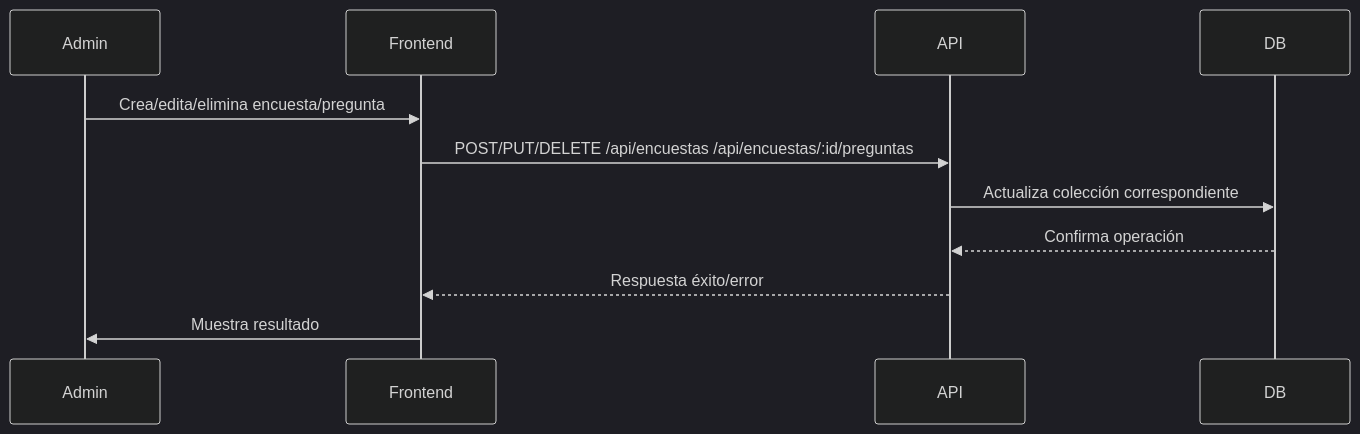
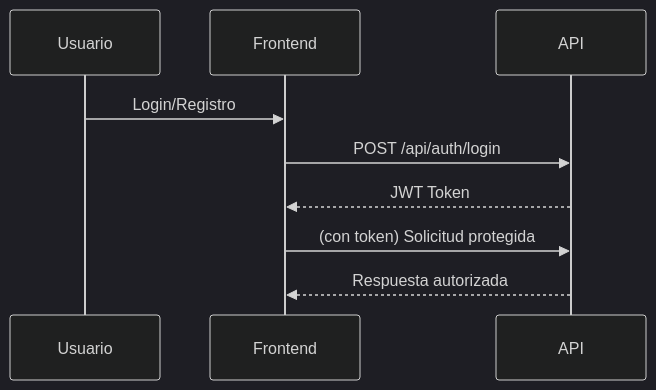
One commit to felipesanchez-dev/proyecto-final-crud-full-stack changed the fourth of 4 diagrams in README.md. Above: the diagram before and after it, drawn with Mermaid (dark theme). The commit also changed other lines of this file, not shown here.

Commit message:
feat: Actualizar el README.md con mejoras en la descripción del proyecto y la estructura de contenido

````diff
--- a/README.md
+++ b/README.md
@@ -217,14 +246,12 @@
 ```mermaid
 sequenceDiagram
-  participant Admin
+  participant Usuario
   participant Frontend
   participant API
-  participant DB
 
-  Admin->>Frontend: Crea/edita/elimina encuesta/pregunta
-  Frontend->>API: POST/PUT/DELETE /api/encuestas /api/encuestas/:id/preguntas
-  API->>DB: Actualiza colección correspondiente
-  DB-->>API: Confirma operación
-  API-->>Frontend: Respuesta éxito/error
-  Frontend->>Admin: Muestra resultado
+  Usuario->>Frontend: Login/Registro
+  Frontend->>API: POST /api/auth/login
+  API-->>Frontend: JWT Token
+  Frontend->>API: (con token) Solicitud protegida
+  API-->>Frontend: Respuesta autorizada
 ```
````
